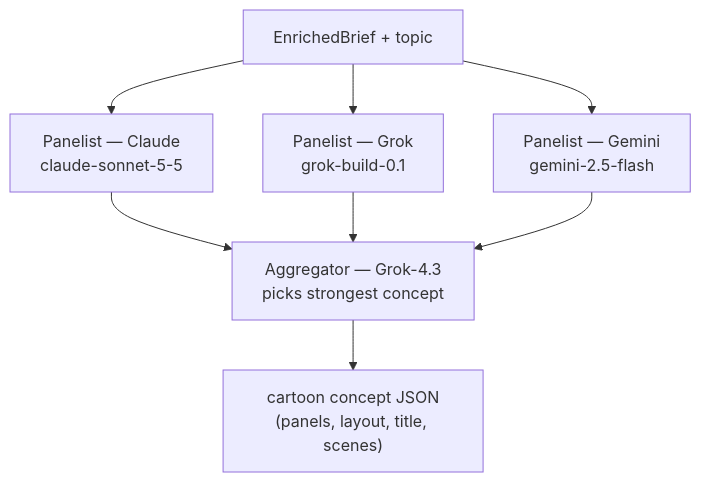
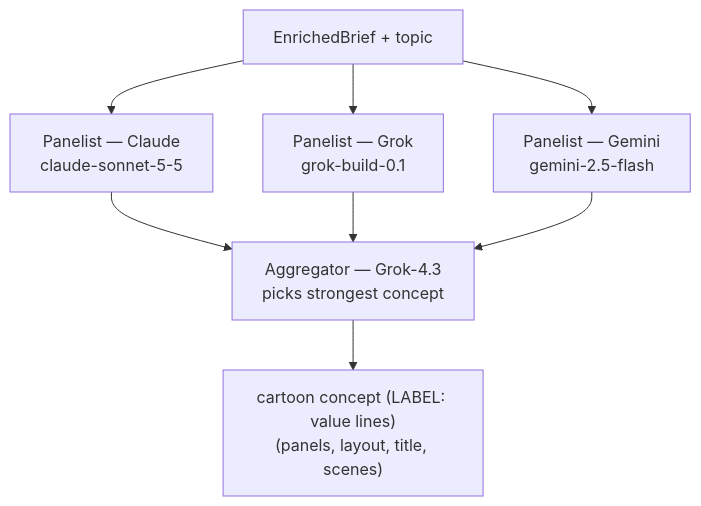
The fifth of 10 diagrams in docs/architecture.md (josemrsantos/gata), drawn with Mermaid before and after one commit. The commit also changed other lines of this file and 37 other files, not shown here.

````diff
--- a/docs/architecture.md
+++ b/docs/architecture.md
@@ -310,15 +311,15 @@
 ```mermaid
 flowchart TD
     IN["EnrichedBrief + topic"]
     P1["Panelist — Claude\nclaude-sonnet-5-5"]
     P2["Panelist — Grok\ngrok-build-0.1"]
     P3["Panelist — Gemini\ngemini-2.5-flash"]
     AGG["Aggregator — Grok-4.3\npicks strongest concept"]
-    OUT["cartoon concept JSON\n(panels, layout, title, scenes)"]
+    OUT["cartoon concept (LABEL: value lines)\n(panels, layout, title, scenes)"]
 
     IN --> P1 & P2 & P3
     P1 --> AGG
     P2 --> AGG
     P3 --> AGG
     AGG --> OUT
 ```
````
